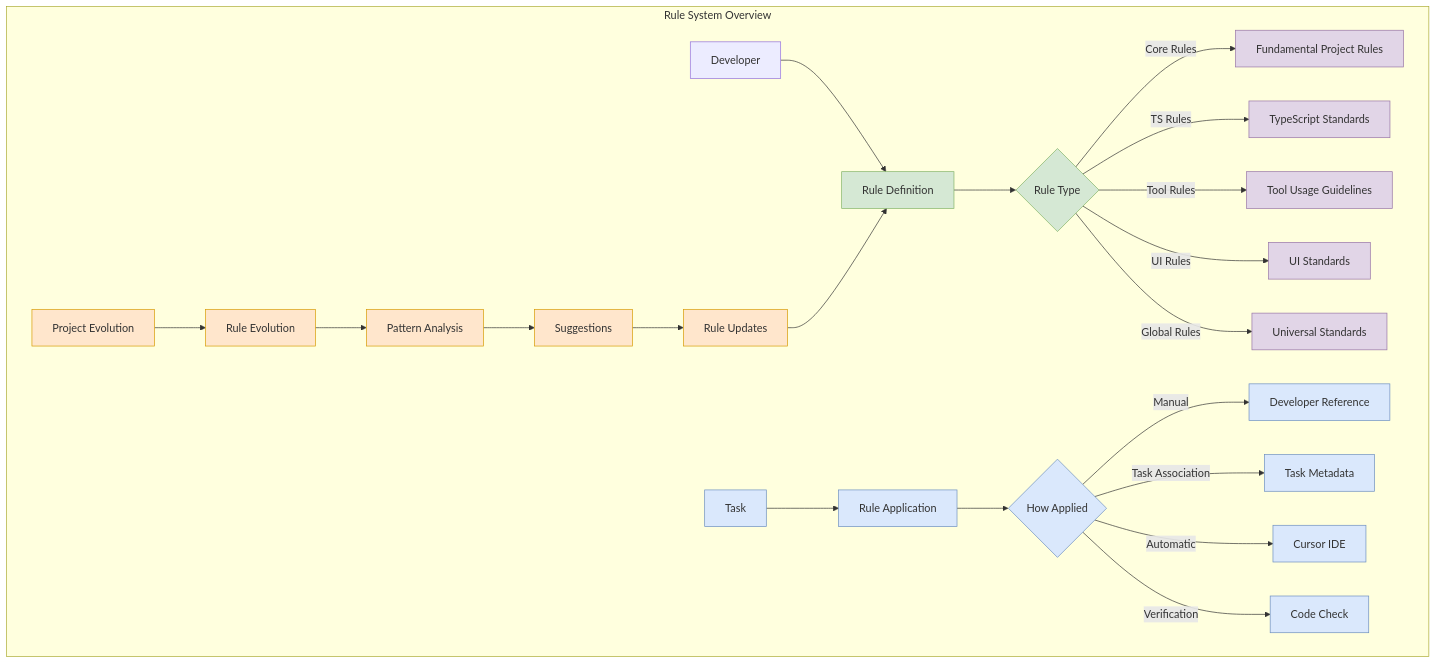
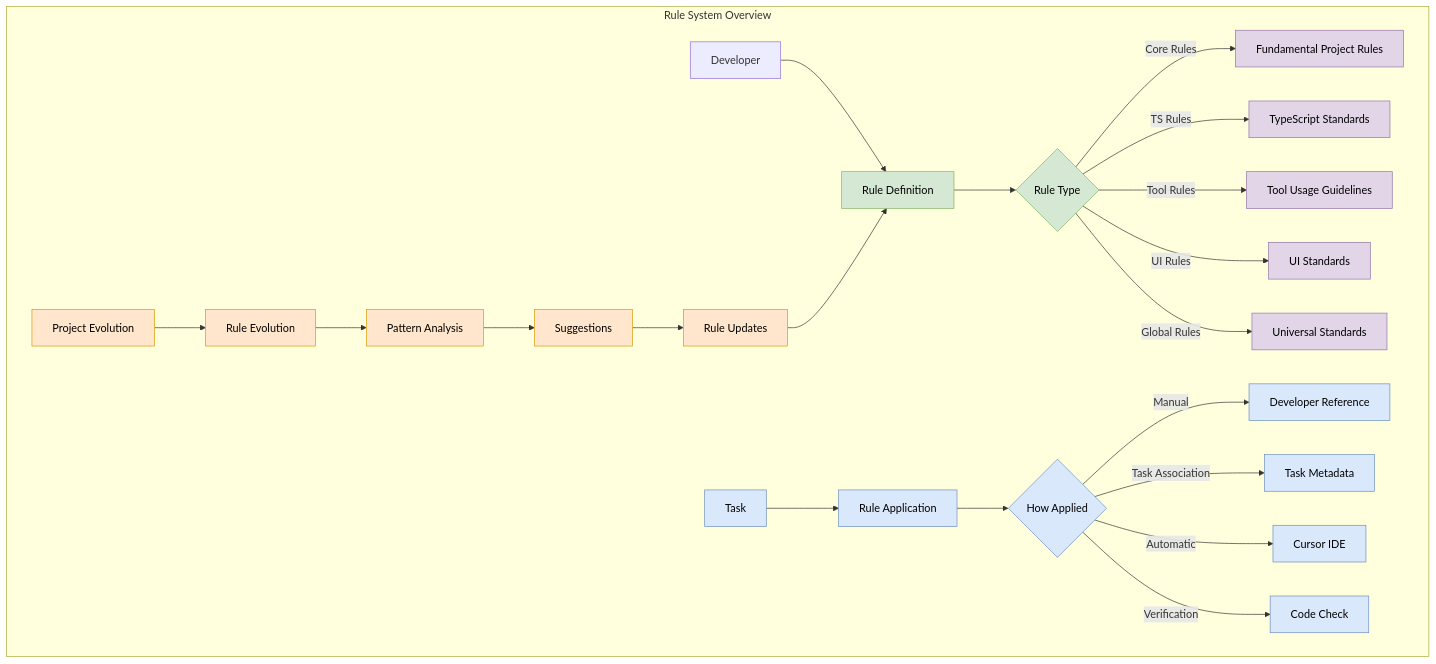
One commit to colours93/cursor_workflow changed the fourth of 5 diagrams in docs/workflow-guide.md. Above: the diagram before and after it, drawn with Mermaid. The commit also changed other lines of this file and 1 other file, not shown here.

Commit message:
Improve diagram readability by changing text color to black

````diff
--- a/docs/workflow-guide.md
+++ b/docs/workflow-guide.md
@@ -421,36 +423,36 @@
 ```mermaid
 graph TD
     subgraph "Rule System Overview"
         A[Developer] --> B[Rule Definition]
         B --> C{Rule Type}
         C -->|Core Rules| D[Fundamental Project Rules]
         C -->|TS Rules| E[TypeScript Standards]
         C -->|Tool Rules| F[Tool Usage Guidelines]
         C -->|UI Rules| G[UI Standards]
         C -->|Global Rules| H[Universal Standards]
         
         I[Task] --> J[Rule Application]
         J --> K{How Applied}
         K -->|Manual| L[Developer Reference]
         K -->|Task Association| M[Task Metadata]
         K -->|Automatic| N[Cursor IDE]
         K -->|Verification| O[Code Check]
         
         P[Project Evolution] --> Q[Rule Evolution]
         Q --> R[Pattern Analysis]
         R --> S[Suggestions]
         S --> T[Rule Updates]
         T --> B
         
-        classDef definition fill:#d5e8d4,stroke:#82b366,stroke-width:1px;
-        classDef application fill:#dae8fc,stroke:#6c8ebf,stroke-width:1px;
-        classDef evolution fill:#ffe6cc,stroke:#d79b00,stroke-width:1px;
-        classDef type fill:#e1d5e7,stroke:#9673a6,stroke-width:1px;
+        classDef definition fill:#d5e8d4,stroke:#82b366,stroke-width:1px,color:black;
+        classDef application fill:#dae8fc,stroke:#6c8ebf,stroke-width:1px,color:black;
+        classDef evolution fill:#ffe6cc,stroke:#d79b00,stroke-width:1px,color:black;
+        classDef type fill:#e1d5e7,stroke:#9673a6,stroke-width:1px,color:black;
         
         class B,C definition;
         class D,E,F,G,H type;
         class I,J,K application;
         class L,M,N,O application;
         class P,Q,R,S,T evolution;
     end
 ```
````
